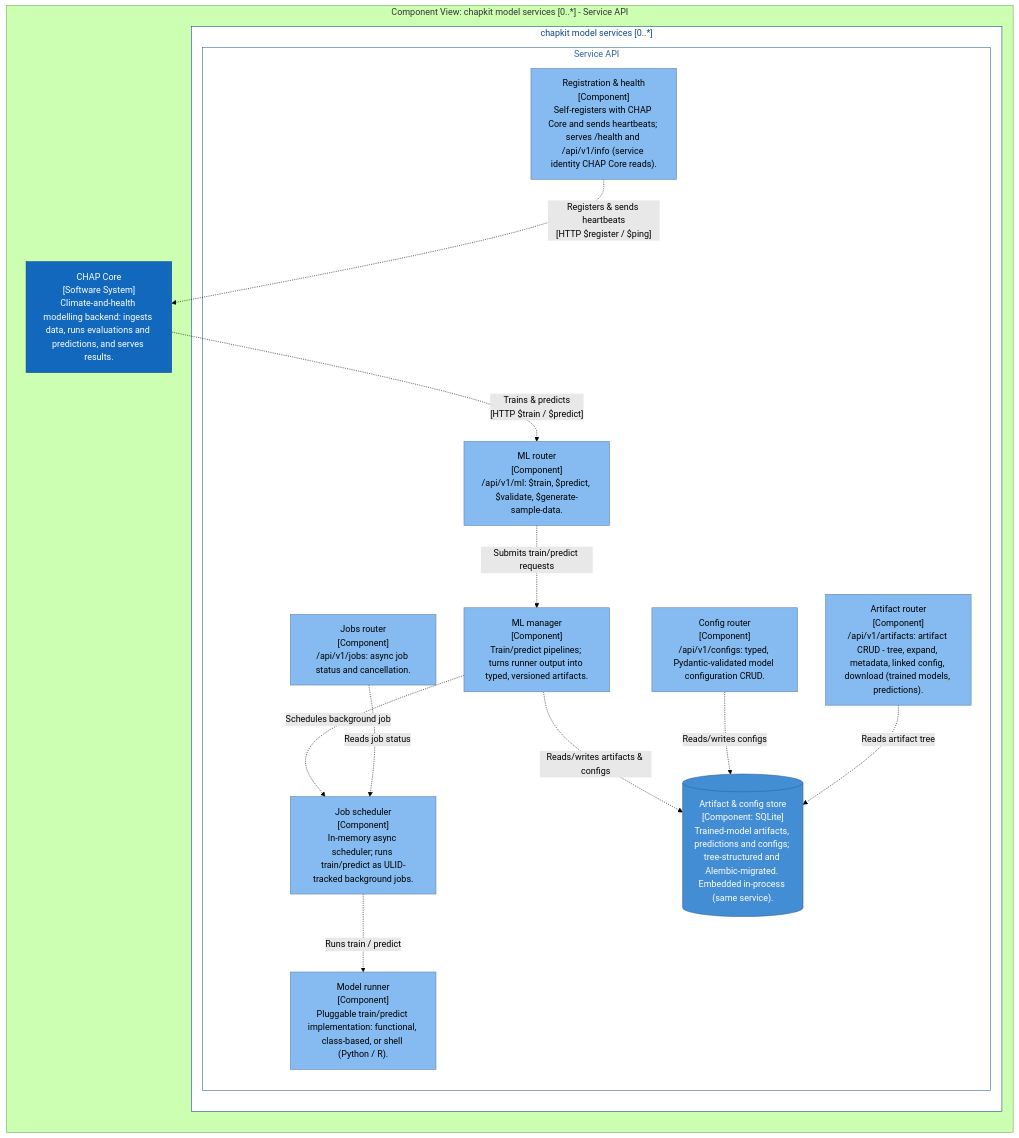
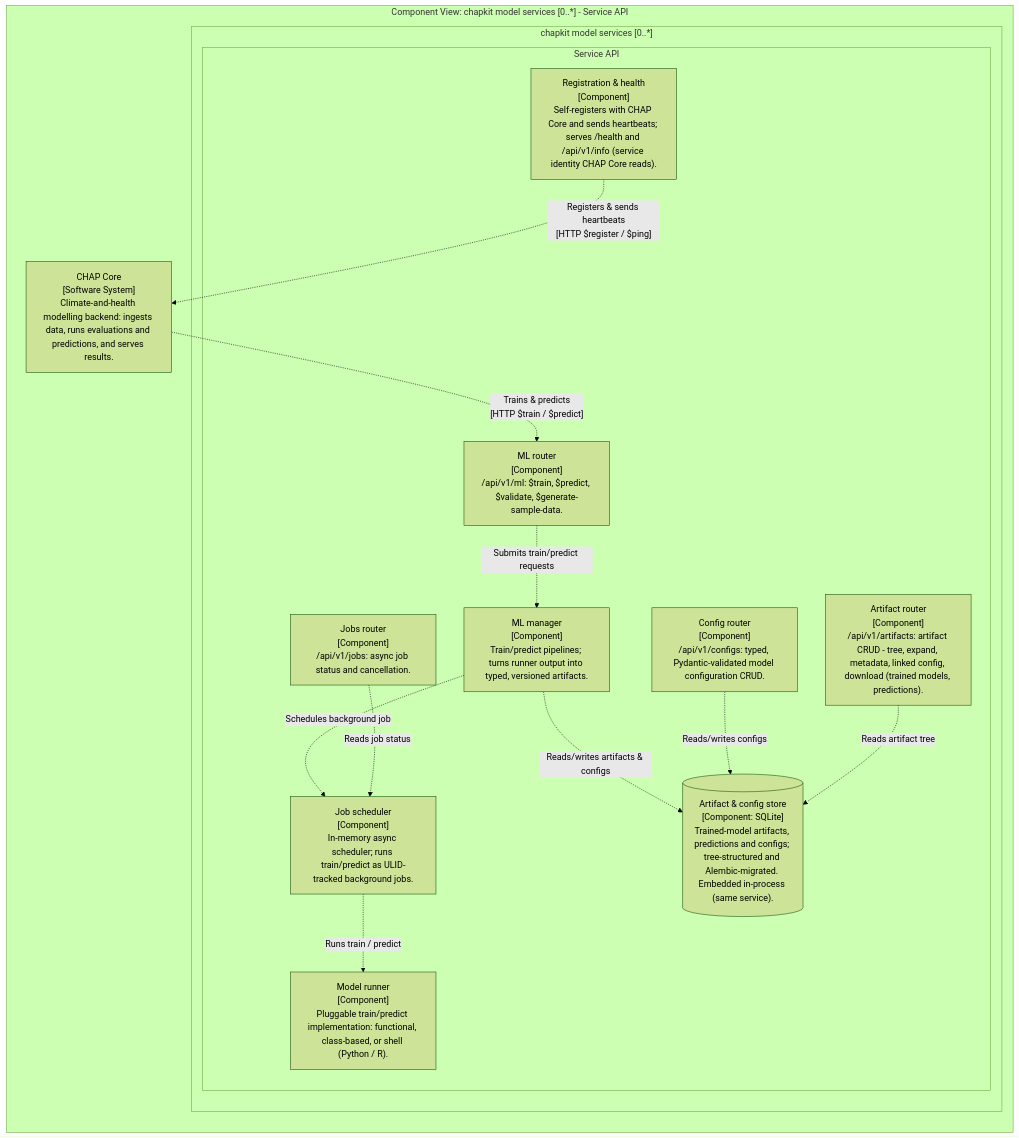
The sixth of 9 diagrams in docs/contributor/architecture_model.md (dhis2-chap/chap-core), drawn with Mermaid (forest theme) before and after one commit. The commit also changed other lines of this file and 1 other file, not shown here.

Commit message:
docs(architecture): drop hard-coded C4 colours so model diagrams follow the docs theme

````diff
--- a/docs/contributor/architecture_model.md
+++ b/docs/contributor/architecture_model.md
@@ -218,48 +177,36 @@
 ```mermaid
 graph LR
 
   subgraph diagram ["Component View: chapkit model services [0..*] - Service API"]
 
     6["CHAP Core<br/>[Software System]<br/>Climate-and-health modelling backend: ingests data, runs evaluations and predictions, and serves results."]
-    style 6 fill:#1168bd,stroke:#0b4884,color:#ffffff
 
     subgraph 19 ["chapkit model services [0..*]"]
-      style 19 fill:#ffffff,stroke:#0b4884,color:#0b4884
 
       subgraph 20 ["Service API"]
-        style 20 fill:#ffffff,stroke:#2e6295,color:#2e6295
 
         21["Registration & health<br/>[Component]<br/>Self-registers with CHAP Core and sends heartbeats; serves /health and /api/v1/info (service identity CHAP Core reads)."]
-        style 21 fill:#85bbf0,stroke:#5d82a8,color:#000000
         22["ML router<br/>[Component]<br/>/api/v1/ml: $train, $predict, $validate, $generate-sample-data."]
-        style 22 fill:#85bbf0,stroke:#5d82a8,color:#000000
         23["Config router<br/>[Component]<br/>/api/v1/configs: typed, Pydantic-validated model configuration CRUD."]
-        style 23 fill:#85bbf0,stroke:#5d82a8,color:#000000
         24["Artifact router<br/>[Component]<br/>/api/v1/artifacts: artifact CRUD - tree, expand, metadata, linked config, download (trained models, predictions)."]
-        style 24 fill:#85bbf0,stroke:#5d82a8,color:#000000
         25["Jobs router<br/>[Component]<br/>/api/v1/jobs: async job status and cancellation."]
-        style 25 fill:#85bbf0,stroke:#5d82a8,color:#000000
         26["ML manager<br/>[Component]<br/>Train/predict pipelines; turns runner output into typed, versioned artifacts."]
-        style 26 fill:#85bbf0,stroke:#5d82a8,color:#000000
         27["Job scheduler<br/>[Component]<br/>In-memory async scheduler; runs train/predict as ULID-tracked background jobs."]
-        style 27 fill:#85bbf0,stroke:#5d82a8,color:#000000
         28["Model runner<br/>[Component]<br/>Pluggable train/predict implementation: functional, class-based, or shell (Python / R)."]
-        style 28 fill:#85bbf0,stroke:#5d82a8,color:#000000
         29[("Artifact & config store<br/>[Component: SQLite]<br/>Trained-model artifacts, predictions and configs; tree-structured and Alembic-migrated. Embedded in-process (same service).")]
-        style 29 fill:#438dd5,stroke:#2e6295,color:#ffffff
       end
 
     end
 
     6-. "Trains & predicts<br/>[HTTP $train / $predict]" .->22
     21-. "Registers & sends heartbeats<br/>[HTTP $register / $ping]" .->6
     22-. "Submits train/predict requests" .->26
     26-. "Schedules background job" .->27
     27-. "Runs train / predict" .->28
     26-. "Reads/writes artifacts & configs" .->29
     23-. "Reads/writes configs" .->29
     24-. "Reads artifact tree" .->29
     25-. "Reads job status" .->27
 
   end
 ```
````
